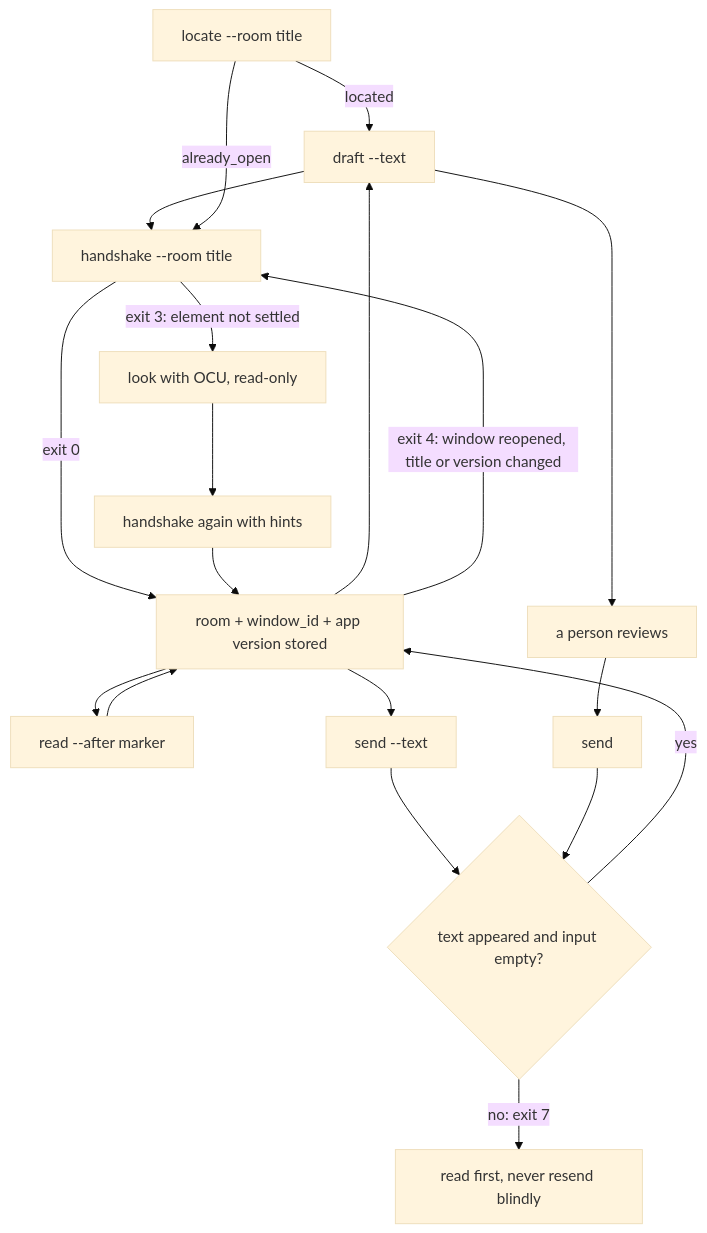
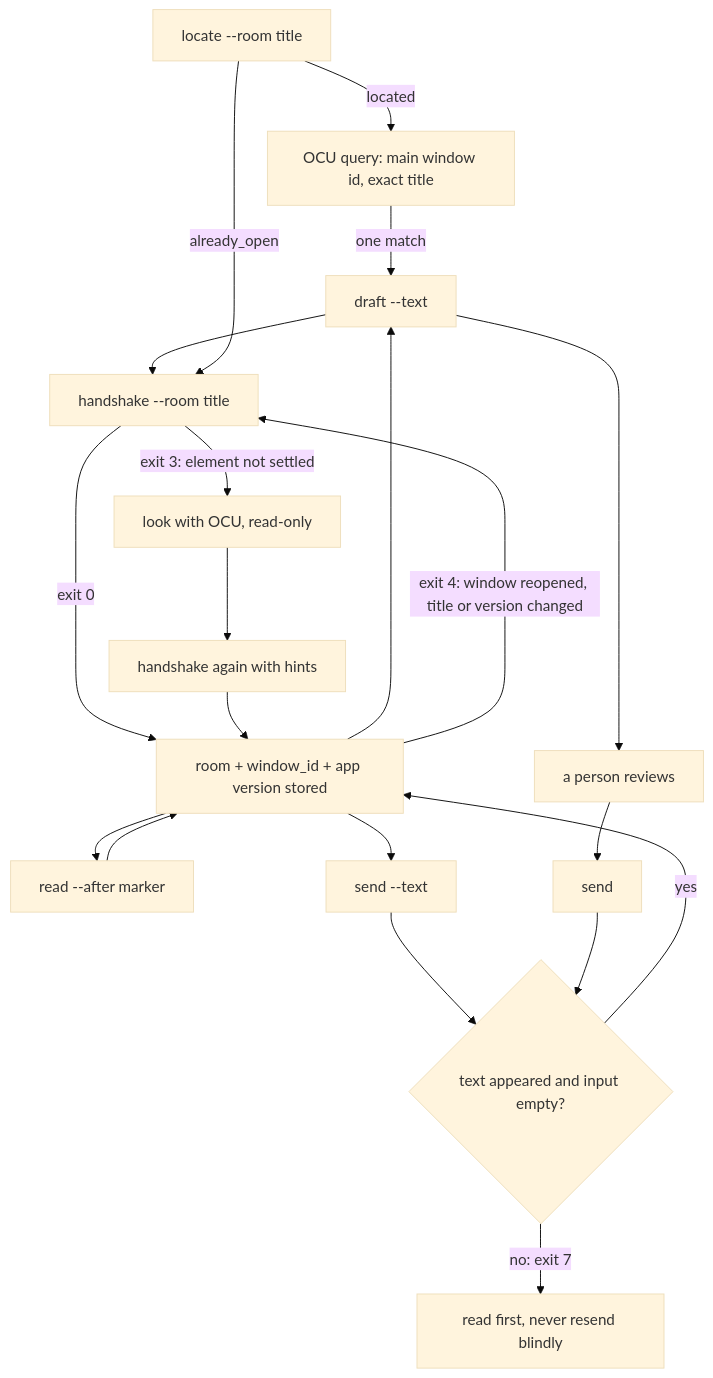
Before and after one commit to jongwony/cc-plugin: the diagram in kakao/README.md, drawn with Mermaid (base theme). The commit also changed other lines of this file and 9 other files, not shown here.

````diff
--- a/kakao/README.md
+++ b/kakao/README.md
@@ -9,16 +9,16 @@
 ```mermaid
 flowchart TD
-  L[locate --room title] -->|located| D[OCU sky_click double-click on the row] --> H[handshake --room title]
+  L[locate --room title] -->|located| Q[OCU query: main window id, exact title] -->|one match| D[OCU sky_click double-click on that element] --> H[handshake --room title]
   L -->|already_open| H
   H -->|exit 0| B[room + window_id + app version stored]
   H -->|exit 3: element not settled| O[look with OCU, read-only] --> HH[handshake again with hints] --> B
   B --> R[read --after marker]
   B --> S[send --text]
   B --> D[draft --text] --> W[a person reviews] --> S2[send]
   S --> C{text appeared and input empty?}
   S2 --> C
   C -->|yes| B
   C -->|no: exit 7| RR[read first, never resend blindly]
   R --> B
   B -->|exit 4: window reopened, title or version changed| H
 ```
````
